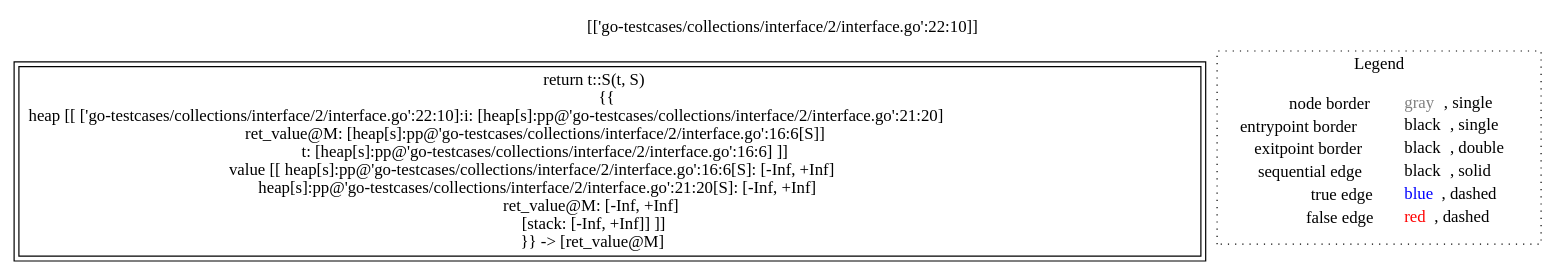
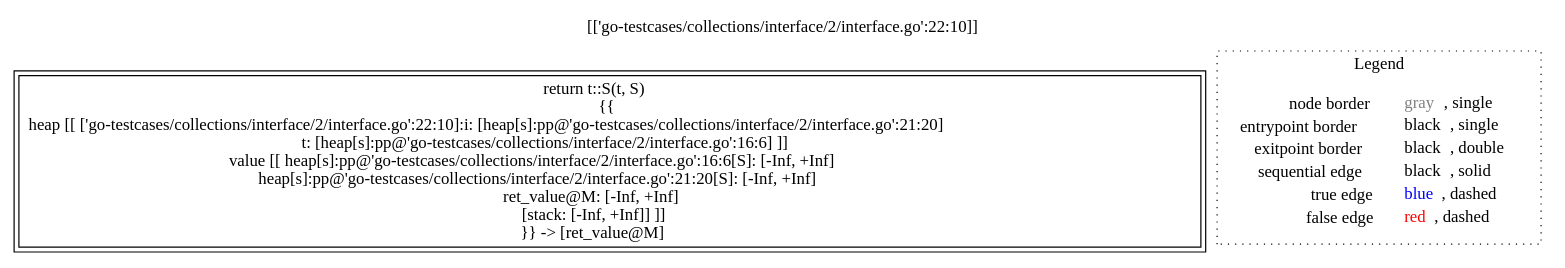
Before and after one commit to lisa-analyzer/go-lisa: the diagram in go-lisa/go-testcases/collections/interface/2/analysis___-1113382112_string_T.M(T_t).dot, drawn with Graphviz. The commit also changed 12 other files, not shown here.

```diff
--- a/go-lisa/go-testcases/collections/interface/2/analysis___-1113382112_string_T.M(T_t).dot
+++ b/go-lisa/go-testcases/collections/interface/2/analysis___-1113382112_string_T.M(T_t).dot
@@ -1,12 +1,12 @@
 digraph {
 	labelloc="t";
 	label="[['go-testcases/collections/interface/2/interface.go':22:10]]";
-	"node0" [shape="rect",color="black",peripheries="2",label=<return t::S(t, S)<BR/>{{<BR/>heap [[ ['go-testcases/collections/interface/2/interface.go':22:10]:i: [heap[s]:pp@'go-testcases/collections/interface/2/interface.go':21:20]<BR/>ret_value@M: [heap[s]:pp@'go-testcases/collections/interface/2/interface.go':16:6[S]]<BR/>t: [heap[s]:pp@'go-testcases/collections/interface/2/interface.go':16:6] ]]<BR/>value [[ heap[s]:pp@'go-testcases/collections/interface/2/interface.go':16:6[S]: [-Inf, +Inf]<BR/>heap[s]:pp@'go-testcases/collections/interface/2/interface.go':21:20[S]: [-Inf, +Inf]<BR/>ret_value@M: [-Inf, +Inf]<BR/>[stack: [-Inf, +Inf]] ]]<BR/>}} -&gt; [ret_value@M]>];
+	"node0" [shape="rect",color="black",peripheries="2",label=<return t::S(t, S)<BR/>{{<BR/>heap [[ ['go-testcases/collections/interface/2/interface.go':22:10]:i: [heap[s]:pp@'go-testcases/collections/interface/2/interface.go':21:20]<BR/>t: [heap[s]:pp@'go-testcases/collections/interface/2/interface.go':16:6] ]]<BR/>value [[ heap[s]:pp@'go-testcases/collections/interface/2/interface.go':16:6[S]: [-Inf, +Inf]<BR/>heap[s]:pp@'go-testcases/collections/interface/2/interface.go':21:20[S]: [-Inf, +Inf]<BR/>ret_value@M: [-Inf, +Inf]<BR/>[stack: [-Inf, +Inf]] ]]<BR/>}} -&gt; [ret_value@M]>];
 subgraph cluster_legend {
 	label="Legend";
 	style=dotted;
 	node [shape=plaintext];
 	"legend" [label=<<table border="0" cellpadding="2" cellspacing="0" cellborder="0"><tr><td align="right">node border&nbsp;</td><td align="left"><font color="gray">gray</font>, single</td></tr><tr><td align="right">entrypoint border&nbsp;</td><td align="left"><font color="black">black</font>, single</td></tr><tr><td align="right">exitpoint border&nbsp;</td><td align="left"><font color="black">black</font>, double</td></tr><tr><td align="right">sequential edge&nbsp;</td><td align="left"><font color="black">black</font>, solid</td></tr><tr><td align="right">true edge&nbsp;</td><td align="left"><font color="blue">blue</font>, dashed</td></tr><tr><td align="right">false edge&nbsp;</td><td align="left"><font color="red">red</font>, dashed</td></tr></table>>];
 }
 
 }
```
